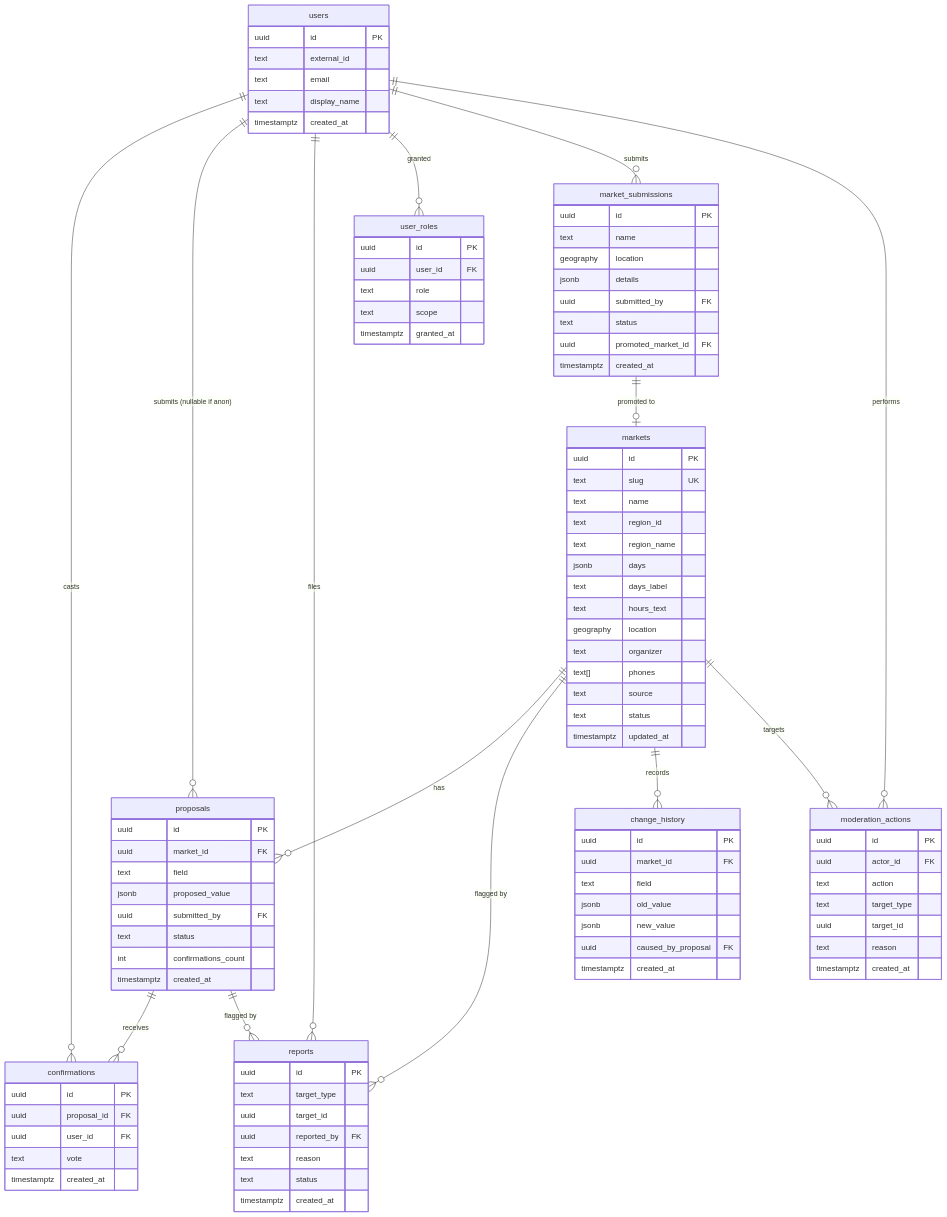
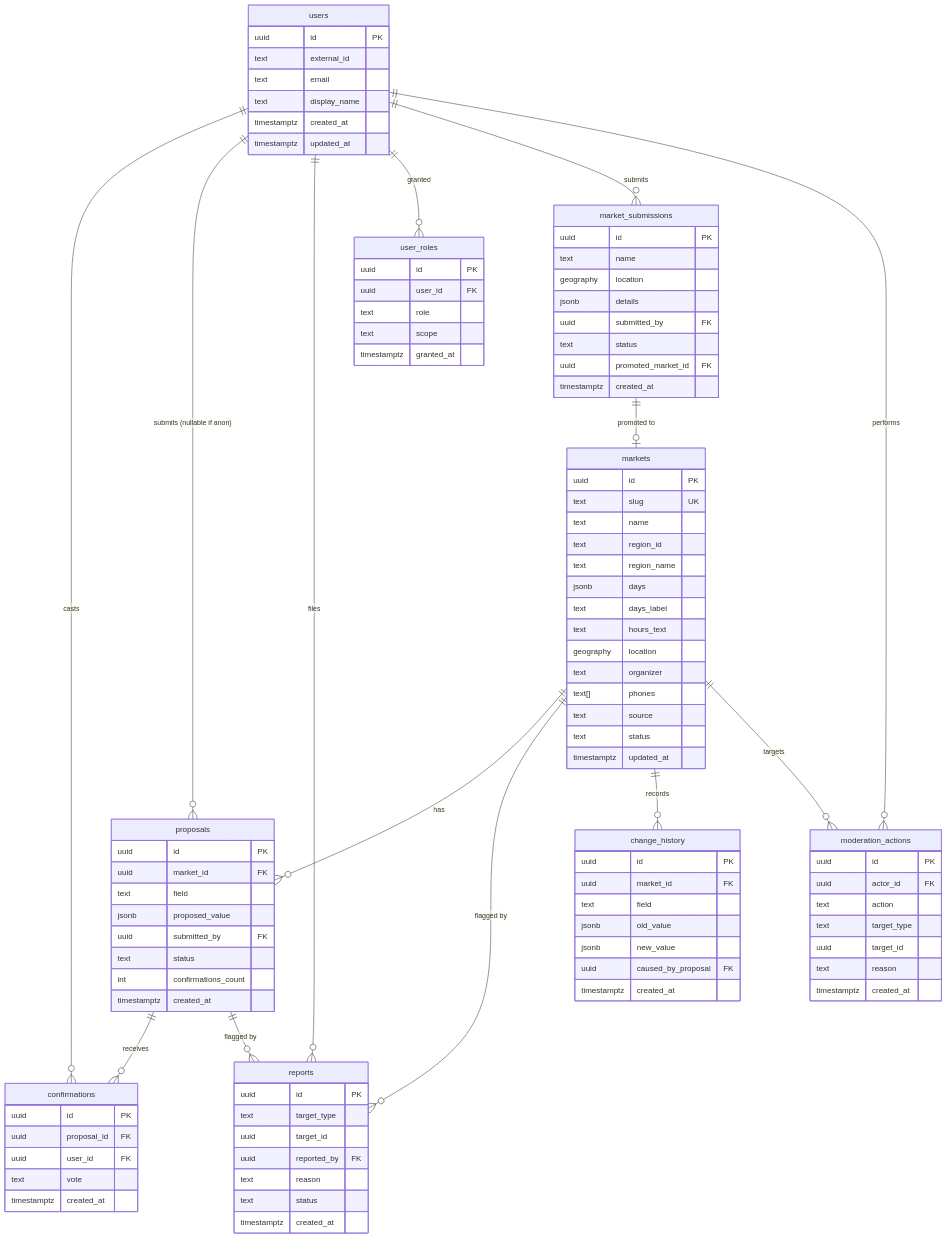
One commit to jimacampos/laferiacr changed the diagram in docs/architecture/data-model.md. Above: the diagram before and after it, drawn with Mermaid. The commit also changed other lines of this file and 38 other files, not shown here.

```diff
--- a/docs/architecture/data-model.md
+++ b/docs/architecture/data-model.md
@@ -79,6 +79,7 @@
     text email
     text display_name
     timestamptz created_at
+    timestamptz updated_at
   }
   user_roles {
     uuid id PK
```
